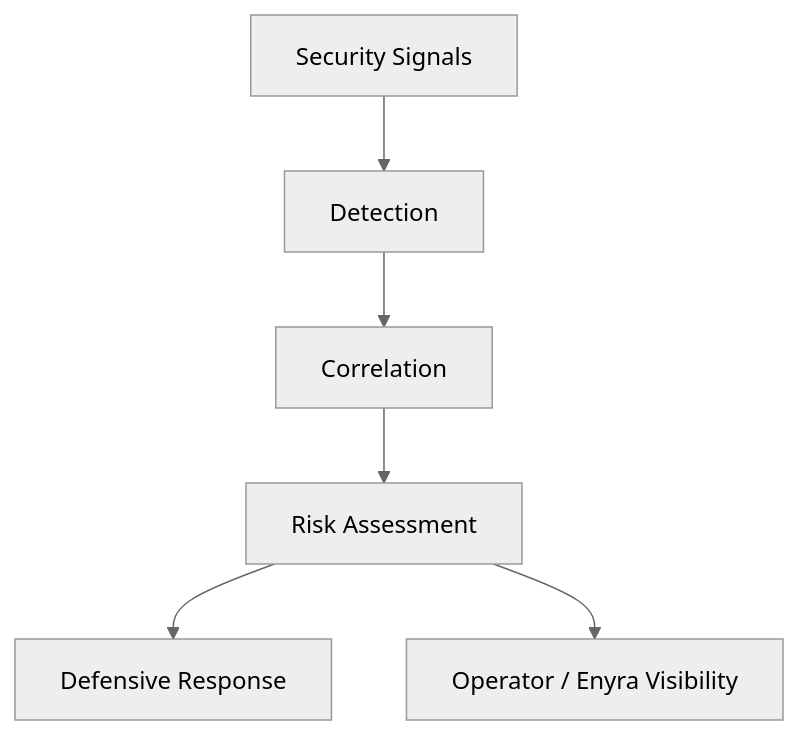
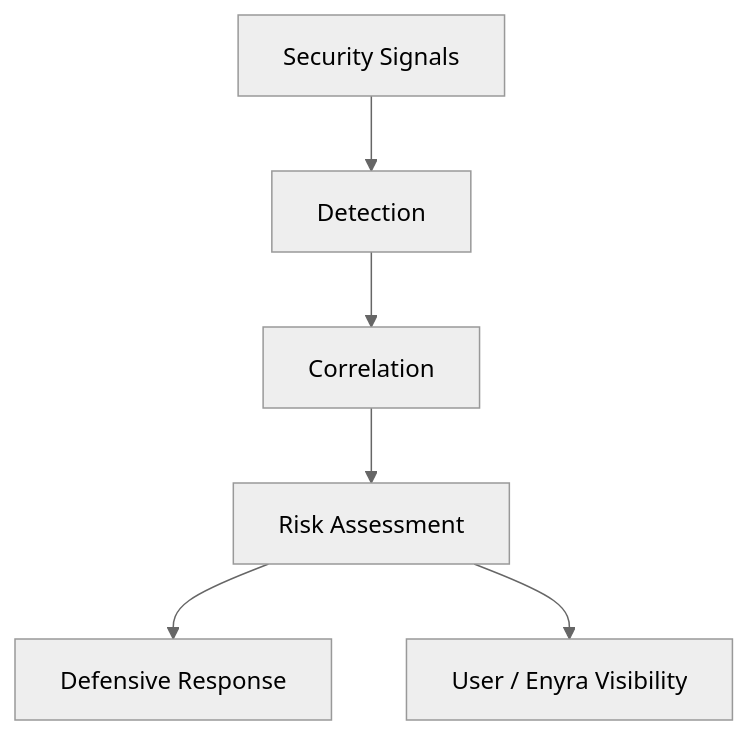
Before and after one commit to enigm-llc/docs: the diagram in intelligence/detection-and-response.mdx, drawn with Mermaid (neutral theme). The commit also changed other lines of this file and 15 other files, not shown here.

````diff
--- a/intelligence/detection-and-response.mdx
+++ b/intelligence/detection-and-response.mdx
@@ -18,15 +18,15 @@
 ```mermaid
 flowchart TD
   Signals["Security Signals"]
   Detection["Detection"]
   Correlation["Correlation"]
   Risk["Risk Assessment"]
   Response["Defensive Response"]
-  Visibility["Operator / Enyra Visibility"]
+  Visibility["User / Enyra Visibility"]
 
   Signals --> Detection
   Detection --> Correlation
   Correlation --> Risk
   Risk --> Response
   Risk --> Visibility
 ```
````
